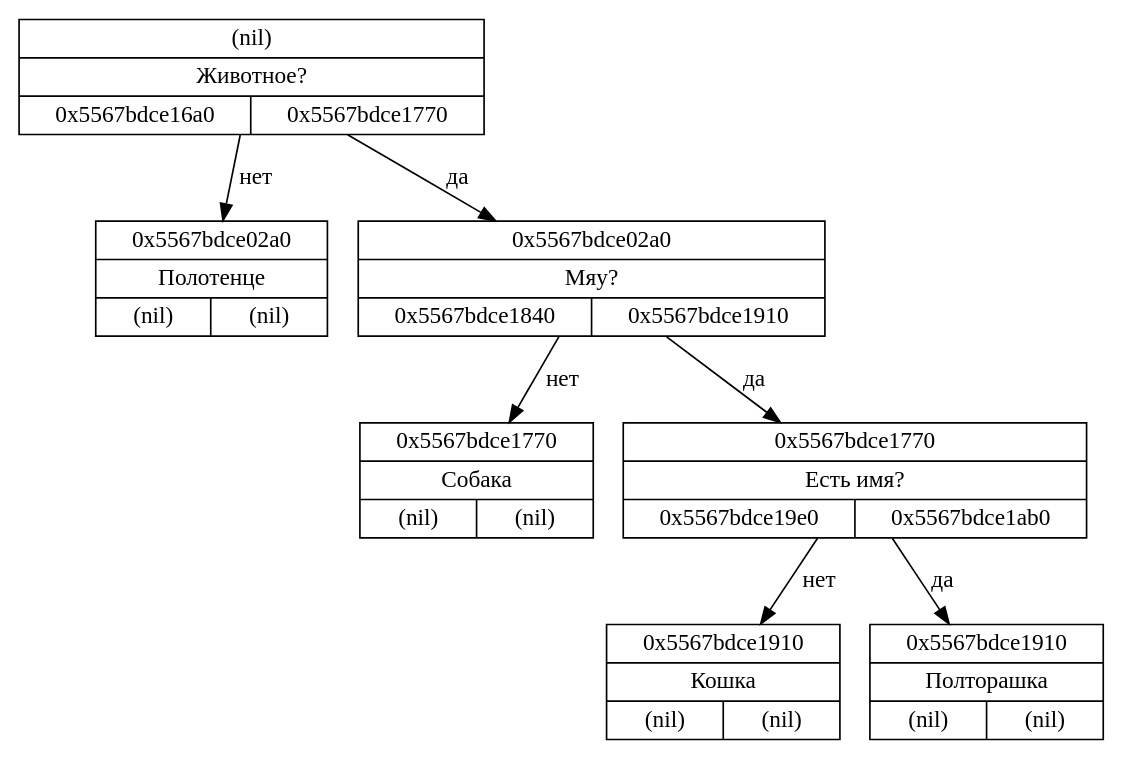
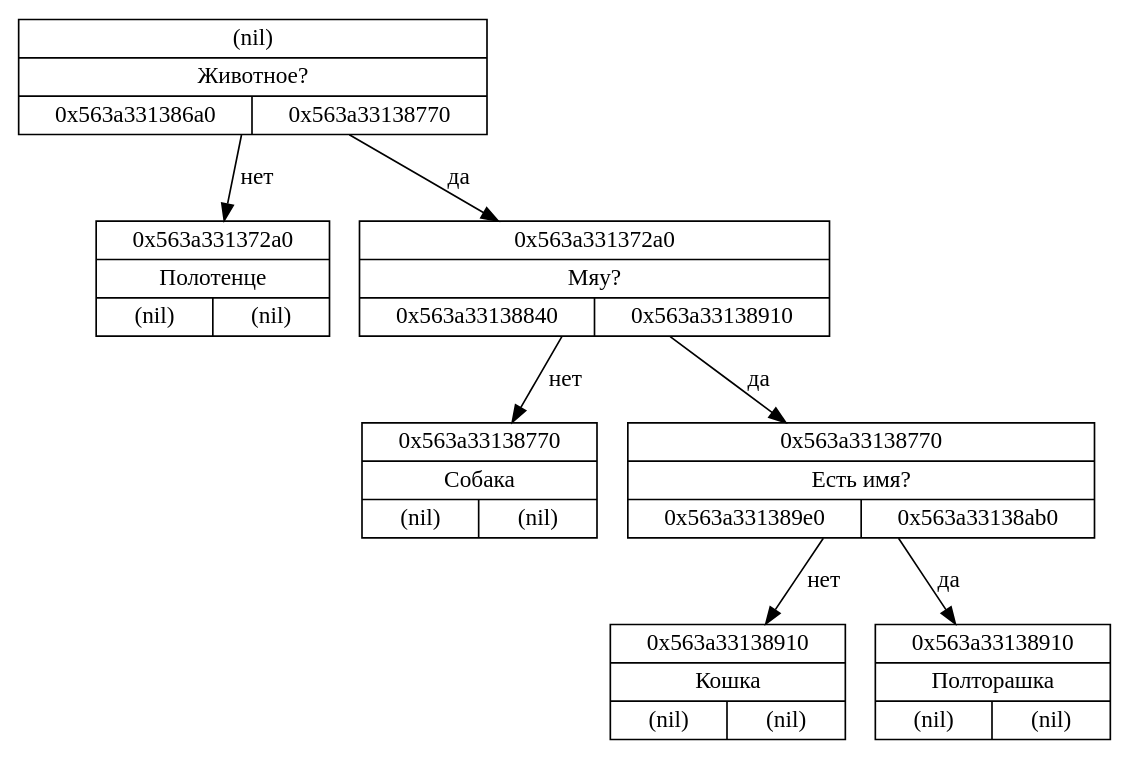
The diagram in dot.dot (asbolt/tree), drawn with Graphviz before and after one commit. The commit also changed 5 other files, not shown here.

```diff
--- a/dot.dot
+++ b/dot.dot
@@ -1,16 +1,16 @@
 digraph G{
 rankdir=HR;
-node0x5567bdce02a0 [shape=record, label = "{(nil) | {Животное?} | {0x5567bdce16a0 | 0x5567bdce1770}}", rang = 0]
-node0x5567bdce16a0 [shape=record, label = "{0x5567bdce02a0 | {Полотенце} | {(nil) | (nil)}}", rang = 1]
-node0x5567bdce1770 [shape=record, label = "{0x5567bdce02a0 | {Мяу?} | {0x5567bdce1840 | 0x5567bdce1910}}", rang = 1]
-node0x5567bdce1840 [shape=record, label = "{0x5567bdce1770 | {Собака} | {(nil) | (nil)}}", rang = 2]
-node0x5567bdce1910 [shape=record, label = "{0x5567bdce1770 | {Есть имя?} | {0x5567bdce19e0 | 0x5567bdce1ab0}}", rang = 2]
-node0x5567bdce19e0 [shape=record, label = "{0x5567bdce1910 | {Кошка} | {(nil) | (nil)}}", rang = 3]
-node0x5567bdce1ab0 [shape=record, label = "{0x5567bdce1910 | {Полторашка} | {(nil) | (nil)}}", rang = 3]
-node0x5567bdce02a0 -> node0x5567bdce16a0 [label = "нет"]
-node0x5567bdce02a0 -> node0x5567bdce1770 [label = "да"]
-node0x5567bdce1770 -> node0x5567bdce1840 [label = "нет"]
-node0x5567bdce1770 -> node0x5567bdce1910 [label = "да"]
-node0x5567bdce1910 -> node0x5567bdce19e0 [label = "нет"]
-node0x5567bdce1910 -> node0x5567bdce1ab0 [label = "да"]
+node0x563a331372a0 [shape=record, label = "{(nil) | {Животное?} | {0x563a331386a0 | 0x563a33138770}}", rang = 0]
+node0x563a331386a0 [shape=record, label = "{0x563a331372a0 | {Полотенце} | {(nil) | (nil)}}", rang = 1]
+node0x563a33138770 [shape=record, label = "{0x563a331372a0 | {Мяу?} | {0x563a33138840 | 0x563a33138910}}", rang = 1]
+node0x563a33138840 [shape=record, label = "{0x563a33138770 | {Собака} | {(nil) | (nil)}}", rang = 2]
+node0x563a33138910 [shape=record, label = "{0x563a33138770 | {Есть имя?} | {0x563a331389e0 | 0x563a33138ab0}}", rang = 2]
+node0x563a331389e0 [shape=record, label = "{0x563a33138910 | {Кошка} | {(nil) | (nil)}}", rang = 3]
+node0x563a33138ab0 [shape=record, label = "{0x563a33138910 | {Полторашка} | {(nil) | (nil)}}", rang = 3]
+node0x563a331372a0 -> node0x563a331386a0 [label = "нет"]
+node0x563a331372a0 -> node0x563a33138770 [label = "да"]
+node0x563a33138770 -> node0x563a33138840 [label = "нет"]
+node0x563a33138770 -> node0x563a33138910 [label = "да"]
+node0x563a33138910 -> node0x563a331389e0 [label = "нет"]
+node0x563a33138910 -> node0x563a33138ab0 [label = "да"]
 }
```
